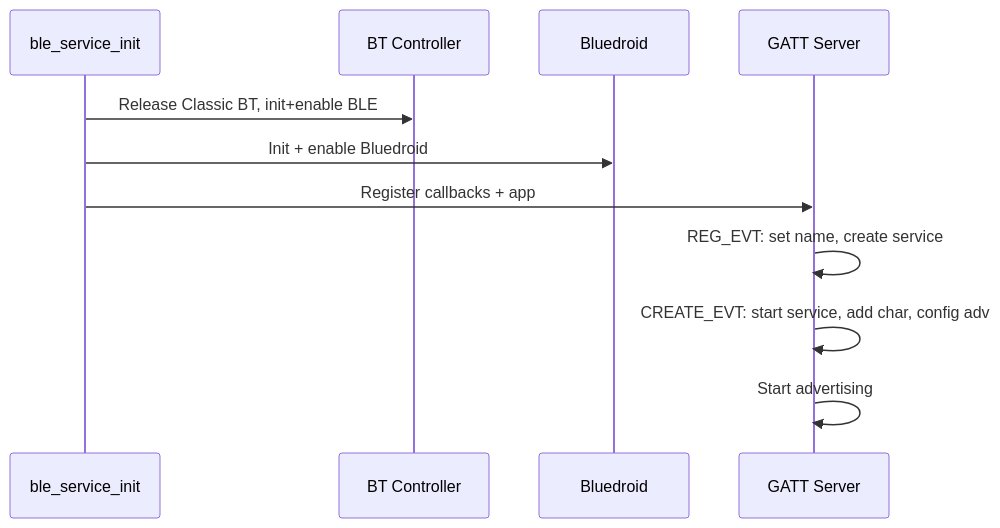
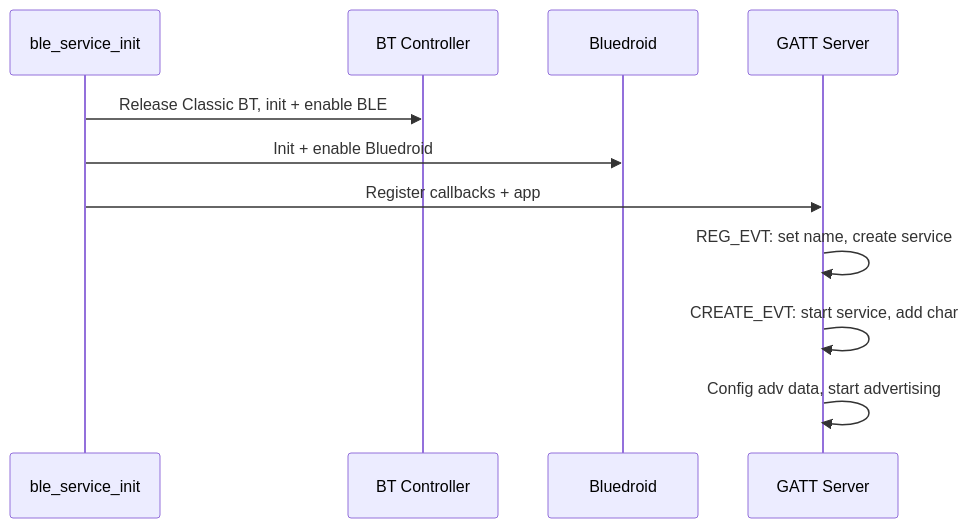
One commit to MYP-Tech/smart-goat-health-band changed the fourth of 4 diagrams in docs/04_MODULE_REFERENCE.md. Above: the diagram before and after it, drawn with Mermaid. The commit also changed other lines of this file and 6 other files, not shown here.

````diff
--- a/docs/04_MODULE_REFERENCE.md
+++ b/docs/04_MODULE_REFERENCE.md
@@ -194,13 +263,13 @@
 ```mermaid
 sequenceDiagram
     participant INIT as ble_service_init
     participant BT as BT Controller
     participant BD as Bluedroid
     participant GATTS as GATT Server
-    INIT->>BT: Release Classic BT, init+enable BLE
+    INIT->>BT: Release Classic BT, init + enable BLE
     INIT->>BD: Init + enable Bluedroid
     INIT->>GATTS: Register callbacks + app
     GATTS->>GATTS: REG_EVT: set name, create service
-    GATTS->>GATTS: CREATE_EVT: start service, add char, config adv
-    GATTS->>GATTS: Start advertising
+    GATTS->>GATTS: CREATE_EVT: start service, add char
+    GATTS->>GATTS: Config adv data, start advertising
 ```
````
